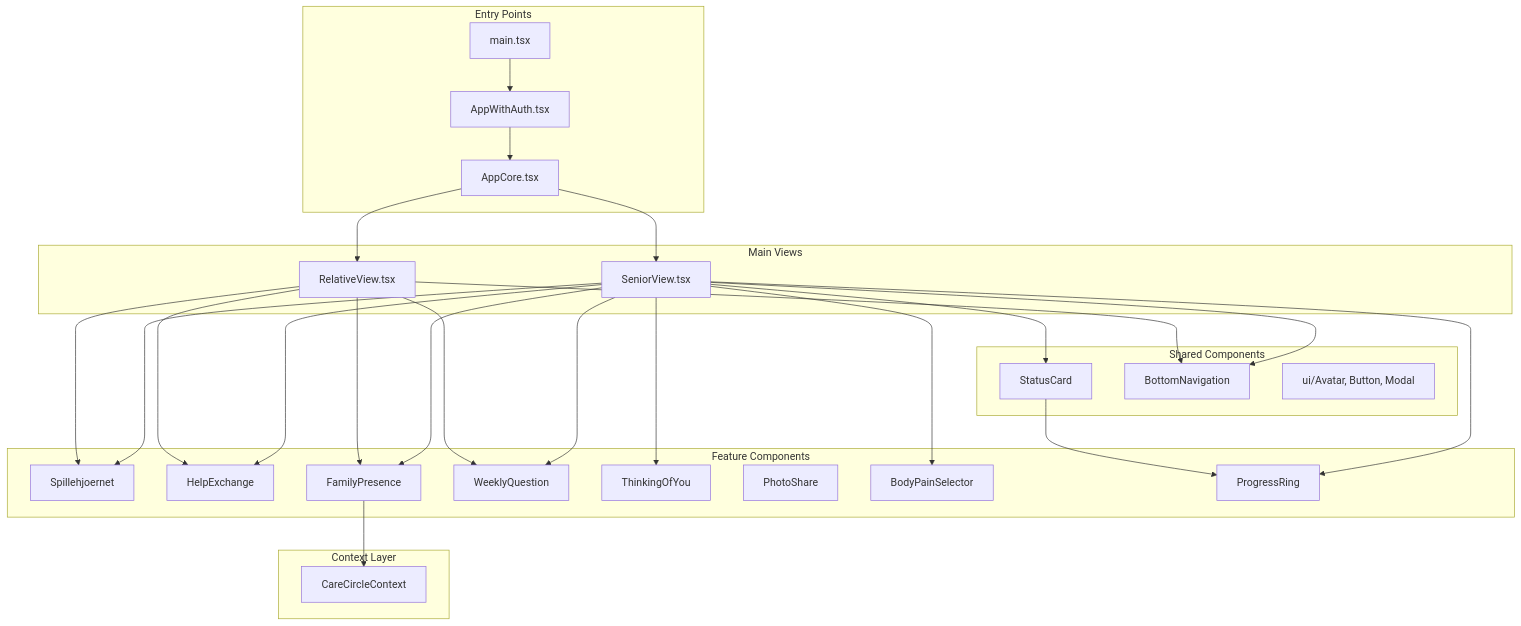
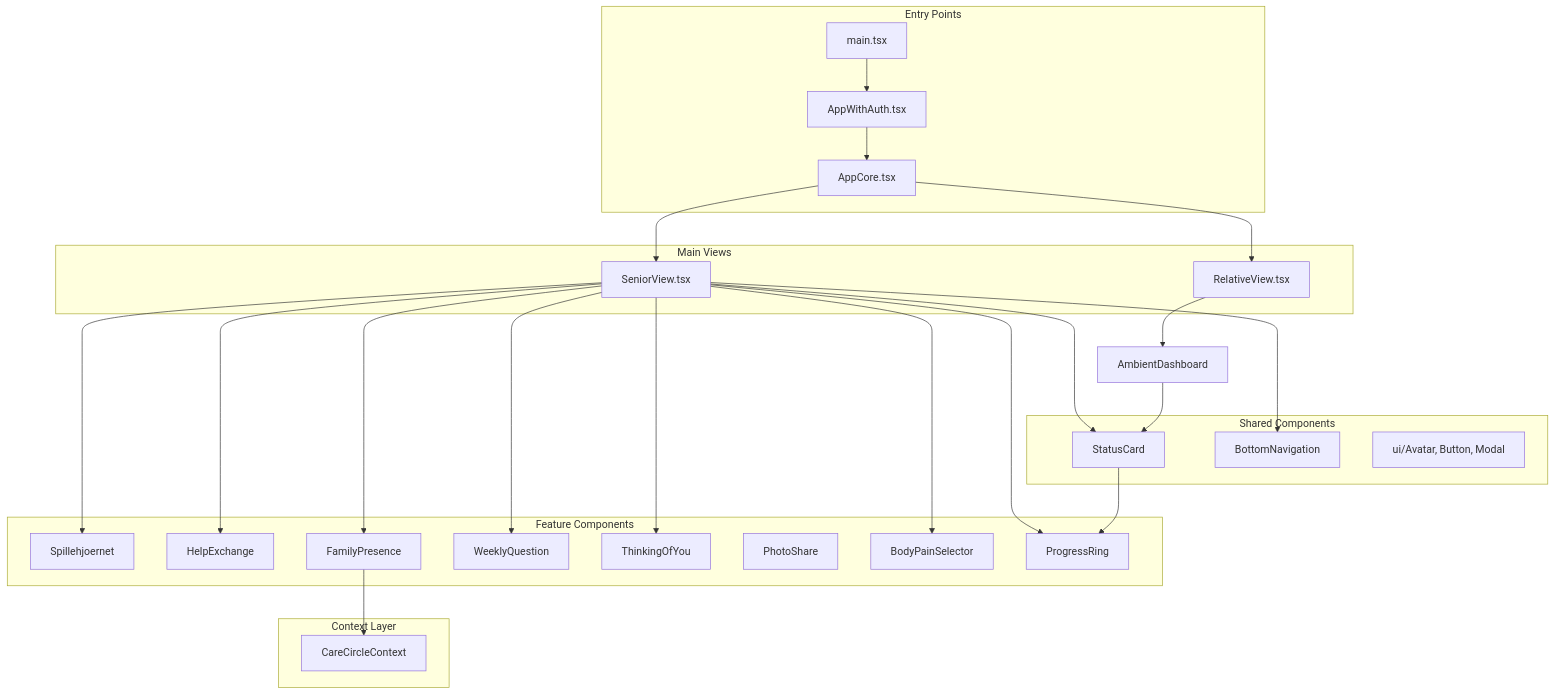
Before and after one commit to DinkoJuric/aeldrebagen: the diagram in tryg-app/docs/DEPENDENCIES.md, drawn with Mermaid. The commit also changed other lines of this file and 10 other files, not shown here.

````diff
--- a/tryg-app/docs/DEPENDENCIES.md
+++ b/tryg-app/docs/DEPENDENCIES.md
@@ -23,58 +23,54 @@
 ```mermaid
 graph TD
     subgraph Entry["Entry Points"]
         main[main.tsx]
         AppWithAuth[AppWithAuth.tsx]
         AppCore[AppCore.tsx]
     end
 
     subgraph Views["Main Views"]
         SeniorView[SeniorView.tsx]
         RelativeView[RelativeView.tsx]
     end
 
     subgraph Features["Feature Components"]
         WordGame[Spillehjoernet]
         HelpExchange[HelpExchange]
         FamilyPresence[FamilyPresence]
         WeeklyQuestion[WeeklyQuestion]
         ThinkingOfYou[ThinkingOfYou]
         Photos[PhotoShare]
         Symptoms[BodyPainSelector]
         Tasks[ProgressRing]
     end
 
     subgraph Shared["Shared Components"]
         StatusCard[StatusCard]
         BottomNav[BottomNavigation]
         UI[ui/Avatar, Button, Modal]
     end
 
     subgraph Context["Context Layer"]
         CareCircle[CareCircleContext]
     end
 
     main --> AppWithAuth
     AppWithAuth --> AppCore
     AppCore --> SeniorView
     AppCore --> RelativeView
     
     SeniorView --> WordGame
     SeniorView --> HelpExchange
     SeniorView --> FamilyPresence
     SeniorView --> WeeklyQuestion
     SeniorView --> ThinkingOfYou
     SeniorView --> Symptoms
     SeniorView --> Tasks
     SeniorView --> StatusCard
     SeniorView --> BottomNav
     
-    RelativeView --> WordGame
-    RelativeView --> HelpExchange
-    RelativeView --> FamilyPresence
-    RelativeView --> WeeklyQuestion
-    RelativeView --> BottomNav
-    
+    RelativeView --> AmbientDashboard
+    AmbientDashboard --> StatusCard
     FamilyPresence --> CareCircle
     StatusCard --> Tasks
 ```
````
